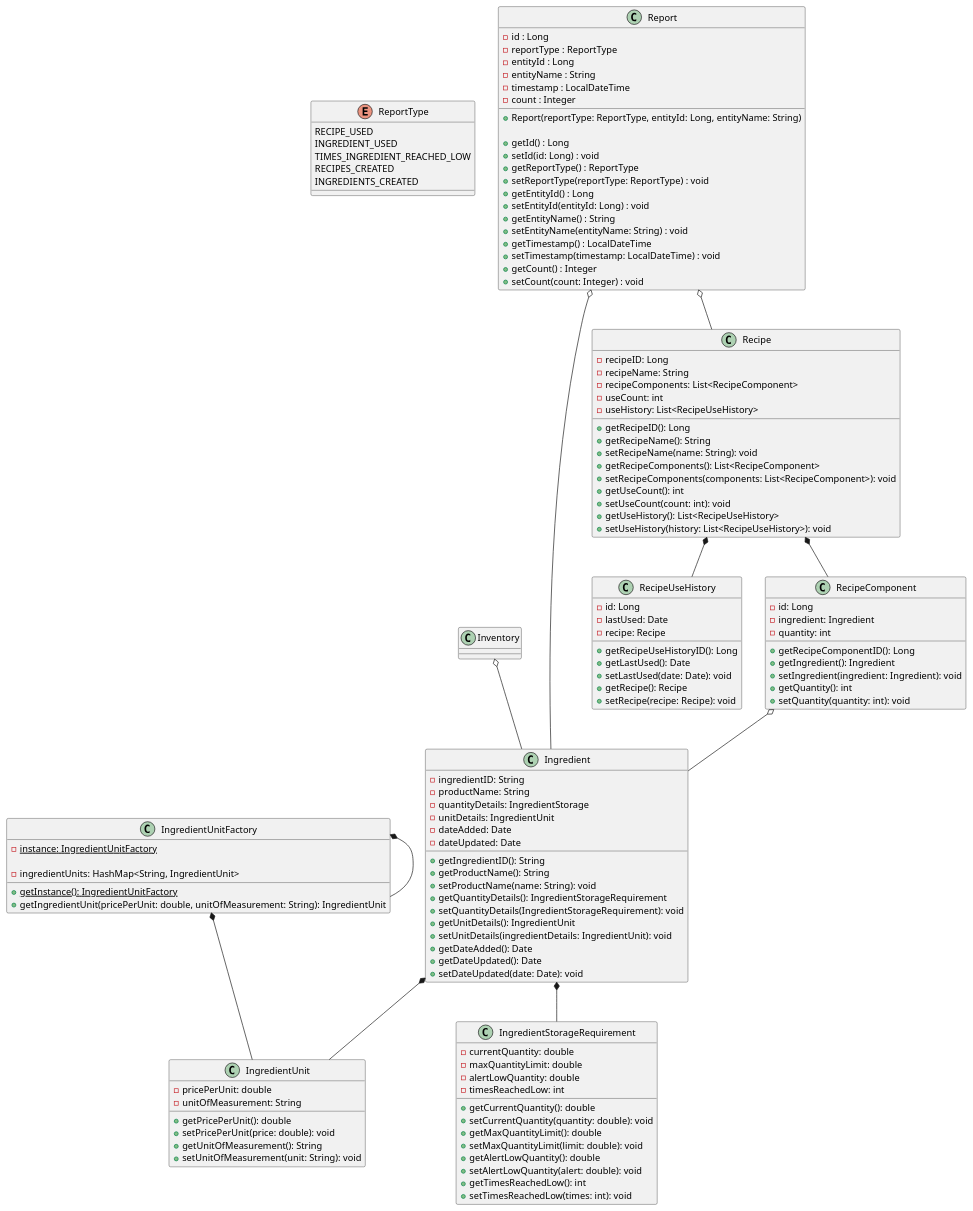
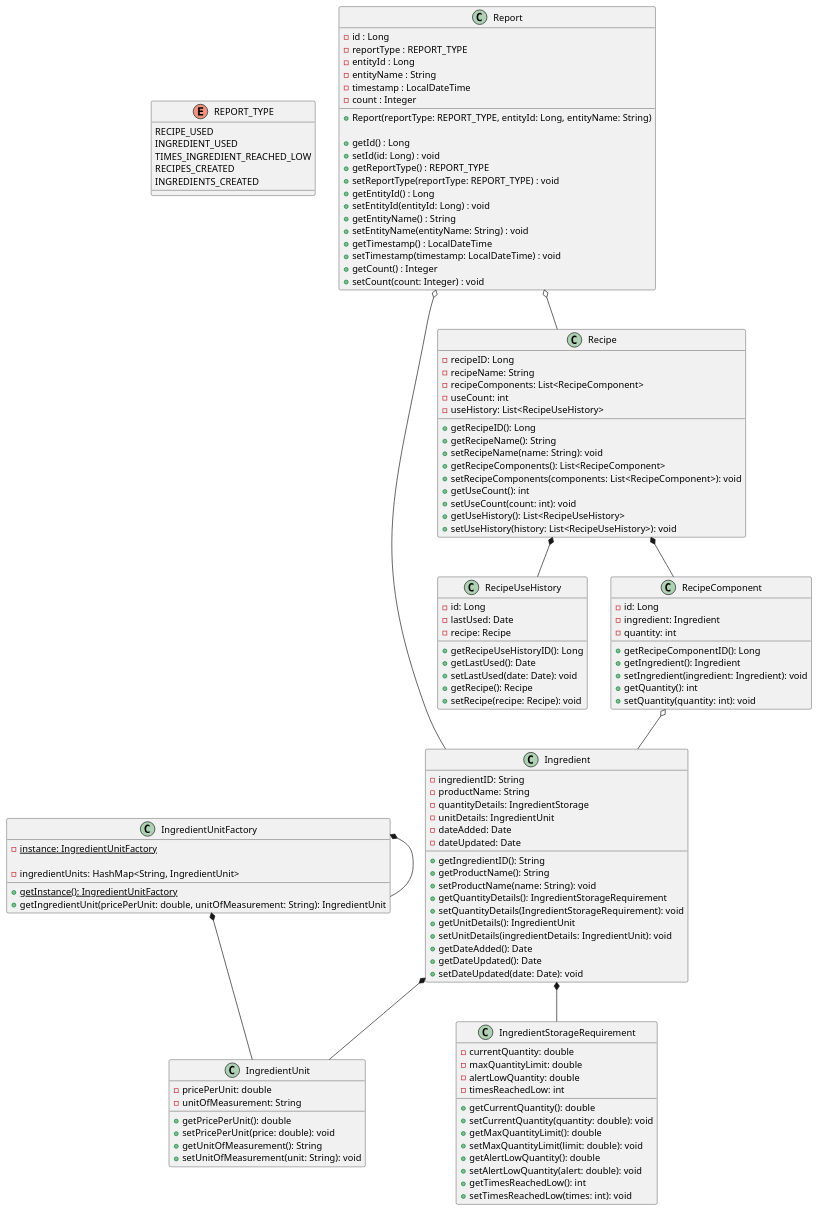
One commit to AlanCortez1337/cs5800-project changed the diagram in backend/src/documentation/classDiagrams/EntitiesModels.puml. Above: the diagram before and after it, drawn with PlantUML. The commit also changed 8 other files, not shown here.

```diff
--- a/backend/src/documentation/classDiagrams/EntitiesModels.puml
+++ b/backend/src/documentation/classDiagrams/EntitiesModels.puml
@@ -1,148 +1,147 @@
 @startuml
 'https://plantuml.com/class-diagram
 
-enum ReportType {
+enum REPORT_TYPE {
     RECIPE_USED
     INGREDIENT_USED
     TIMES_INGREDIENT_REACHED_LOW
     RECIPES_CREATED
     INGREDIENTS_CREATED
 }
 
 class Ingredient {
     - ingredientID: String
     - productName: String
     - quantityDetails: IngredientStorage
     - unitDetails: IngredientUnit
     - dateAdded: Date
     - dateUpdated: Date
 
     + getIngredientID(): String
     + getProductName(): String
     + setProductName(name: String): void
     + getQuantityDetails(): IngredientStorageRequirement
     + setQuantityDetails(IngredientStorageRequirement): void
     + getUnitDetails(): IngredientUnit
     + setUnitDetails(ingredientDetails: IngredientUnit): void
     + getDateAdded(): Date
     + getDateUpdated(): Date
     + setDateUpdated(date: Date): void
 }
 
 class IngredientUnit {
     - pricePerUnit: double
     - unitOfMeasurement: String
 
     + getPricePerUnit(): double
     + setPricePerUnit(price: double): void
     + getUnitOfMeasurement(): String
     + setUnitOfMeasurement(unit: String): void
 }
 
 class IngredientUnitFactory {
     - {static} instance: IngredientUnitFactory
     + {static} getInstance(): IngredientUnitFactory
 
     - ingredientUnits: HashMap<String, IngredientUnit>
     + getIngredientUnit(pricePerUnit: double, unitOfMeasurement: String): IngredientUnit
 }
 
 IngredientUnitFactory *-- IngredientUnitFactory
 IngredientUnitFactory *-- IngredientUnit
 
 class IngredientStorageRequirement {
     - currentQuantity: double
     - maxQuantityLimit: double
     - alertLowQuantity: double
     - timesReachedLow: int
 
     + getCurrentQuantity(): double
     + setCurrentQuantity(quantity: double): void
     + getMaxQuantityLimit(): double
     + setMaxQuantityLimit(limit: double): void
     + getAlertLowQuantity(): double
     + setAlertLowQuantity(alert: double): void
     + getTimesReachedLow(): int
     + setTimesReachedLow(times: int): void
 }
 
-Inventory o-- Ingredient
 Ingredient *-- IngredientStorageRequirement
 Ingredient *-- IngredientUnit
 
 class Recipe {
     - recipeID: Long
     - recipeName: String
     - recipeComponents: List<RecipeComponent>
     - useCount: int
     - useHistory: List<RecipeUseHistory>
 
     + getRecipeID(): Long
     + getRecipeName(): String
     + setRecipeName(name: String): void
     + getRecipeComponents(): List<RecipeComponent>
     + setRecipeComponents(components: List<RecipeComponent>): void
     + getUseCount(): int
     + setUseCount(count: int): void
     + getUseHistory(): List<RecipeUseHistory>
     + setUseHistory(history: List<RecipeUseHistory>): void
 }
 
 
 class RecipeUseHistory {
     - id: Long
     - lastUsed: Date
     - recipe: Recipe
 
     + getRecipeUseHistoryID(): Long
     + getLastUsed(): Date
     + setLastUsed(date: Date): void
     + getRecipe(): Recipe
     + setRecipe(recipe: Recipe): void
 }
 
 
 class RecipeComponent {
     - id: Long
     - ingredient: Ingredient
     - quantity: int
 
     + getRecipeComponentID(): Long
     + getIngredient(): Ingredient
     + setIngredient(ingredient: Ingredient): void
     + getQuantity(): int
     + setQuantity(quantity: int): void
 }
 
 Recipe *-- RecipeComponent
 Recipe *-- RecipeUseHistory
 RecipeComponent o-- Ingredient
 
 class Report {
     - id : Long
-    - reportType : ReportType
+    - reportType : REPORT_TYPE
     - entityId : Long
     - entityName : String
     - timestamp : LocalDateTime
     - count : Integer
 
-    + Report(reportType: ReportType, entityId: Long, entityName: String)
+    + Report(reportType: REPORT_TYPE, entityId: Long, entityName: String)
 
     + getId() : Long
     + setId(id: Long) : void
-    + getReportType() : ReportType
-    + setReportType(reportType: ReportType) : void
+    + getReportType() : REPORT_TYPE
+    + setReportType(reportType: REPORT_TYPE) : void
     + getEntityId() : Long
     + setEntityId(entityId: Long) : void
     + getEntityName() : String
     + setEntityName(entityName: String) : void
     + getTimestamp() : LocalDateTime
     + setTimestamp(timestamp: LocalDateTime) : void
     + getCount() : Integer
     + setCount(count: Integer) : void
 }
 
 Report o-- Ingredient
 Report o-- Recipe
 
 @enduml
```
